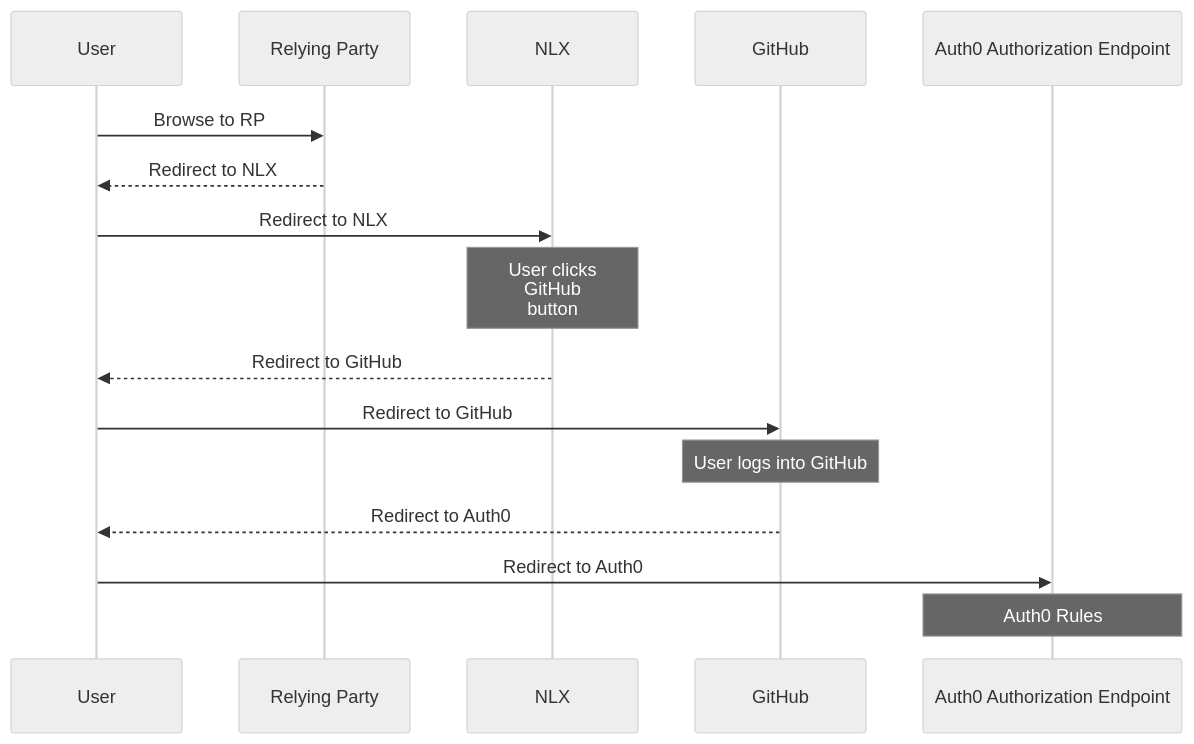
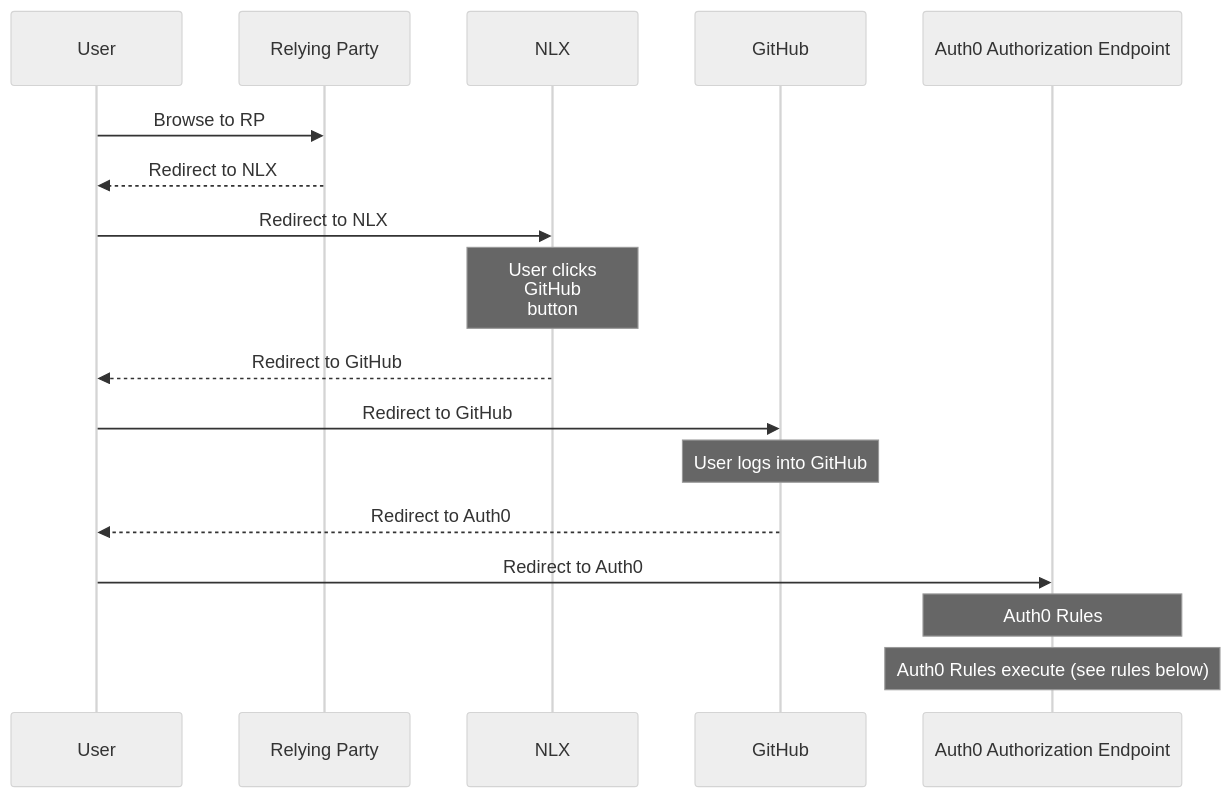
One commit to mozilla-iam/mozilla-iam changed the fourth of 5 diagrams in docs/deratcheting-user-flows.md. Above: the diagram before and after it, drawn with Mermaid (neutral theme). The commit also changed other lines of this file, not shown here.

Commit message:
Add notes to diagrams referencing auth0 rules

````diff
--- a/docs/deratcheting-user-flows.md
+++ b/docs/deratcheting-user-flows.md
@@ -132,18 +134,19 @@
 ```mermaid
 sequenceDiagram
     participant User
     participant RP as Relying Party
     participant NLX
     participant GitHub
     participant Auth0 as Auth0 Authorization Endpoint
     User->>RP: Browse to RP
     RP-->>User:Redirect to NLX
     User->>NLX:Redirect to NLX
     Note over NLX: User clicks<br/>GitHub<br/>button
     NLX-->>User:Redirect to GitHub
     User->>GitHub:Redirect to GitHub
     Note over GitHub: User logs into GitHub
     GitHub-->>User:Redirect to Auth0
     User->>Auth0:Redirect to Auth0
     Note over Auth0: Auth0 Rules
+    Note over Auth0: Auth0 Rules execute (see rules below)
 ```
````
